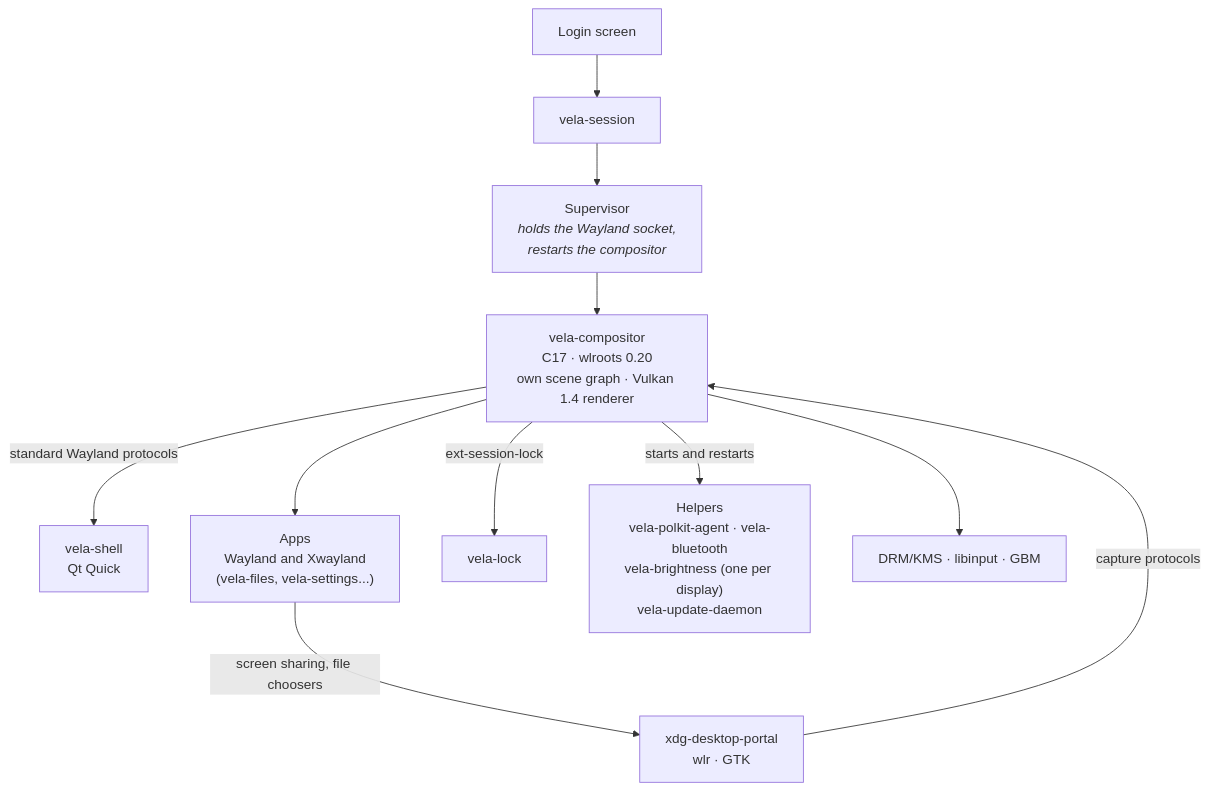
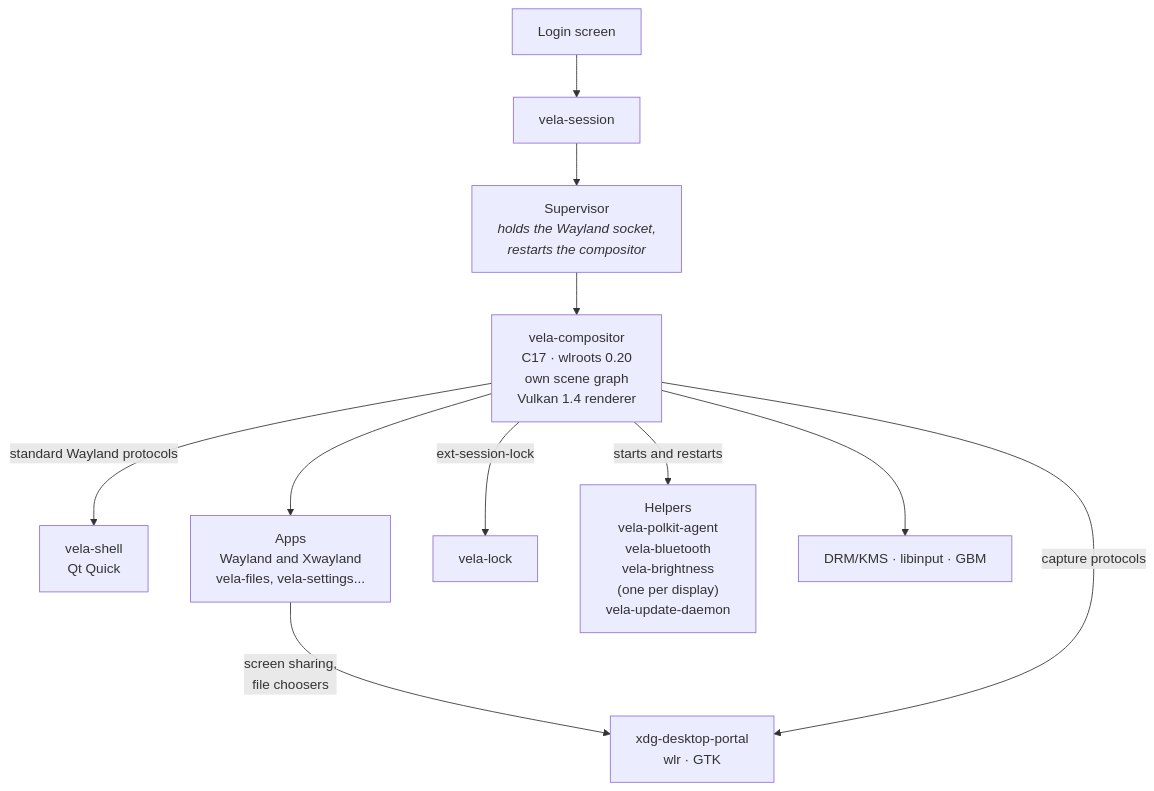
One commit to vela-desktop/vela changed the diagram in README.md. Above: the diagram before and after it, drawn with Mermaid. The commit also changed other lines of this file and 5 other files, not shown here.

````diff
--- a/README.md
+++ b/README.md
@@ -105,13 +105,13 @@
 ```mermaid
 flowchart TB
     DM["Login screen"] --> S["vela-session"]
     S --> SUP["Supervisor<br/><i>holds the Wayland socket,<br/>restarts the compositor</i>"]
-    SUP --> C["vela-compositor<br/>C17 · wlroots 0.20<br/>own scene graph · Vulkan 1.4 renderer"]
+    SUP --> C["vela-compositor<br/>C17 · wlroots 0.20<br/>own scene graph<br/>Vulkan 1.4 renderer"]
     C -- "standard Wayland protocols" --> SH["vela-shell<br/>Qt Quick"]
-    C --> APPS["Apps<br/>Wayland and Xwayland<br/>(vela-files, vela-settings...)"]
+    C --> APPS["Apps<br/>Wayland and Xwayland<br/>vela-files, vela-settings..."]
+    APPS -- "screen sharing,<br/>file choosers" --> P["xdg-desktop-portal<br/>wlr · GTK"]
+    C -- "capture protocols" --> P
     C -- "ext-session-lock" --> L["vela-lock"]
-    C -- "starts and restarts" --> HELP["Helpers<br/>vela-polkit-agent · vela-bluetooth<br/>vela-brightness (one per display)<br/>vela-update-daemon"]
-    APPS -- "screen sharing, file choosers" --> P["xdg-desktop-portal<br/>wlr · GTK"]
-    P -- "capture protocols" --> C
+    C -- "starts and restarts" --> HELP["Helpers<br/>vela-polkit-agent<br/>vela-bluetooth<br/>vela-brightness<br/>(one per display)<br/>vela-update-daemon"]
     C --> HW["DRM/KMS · libinput · GBM"]
 ```
````
